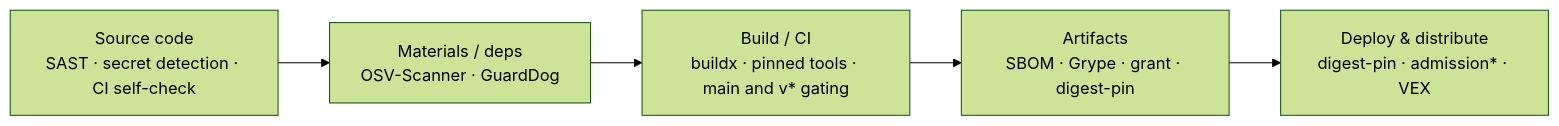
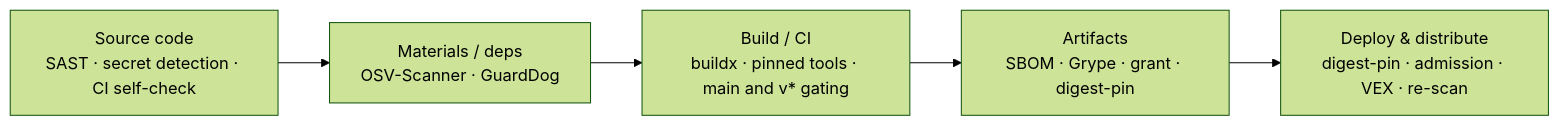
Before and after one commit to berserkhmdvhb/fullstack_template: the first of 2 diagrams in wiki/supply-chain-security.md, drawn with Mermaid (forest theme). The commit also changed other lines of this file and 26 other files, not shown here.

````diff
--- a/wiki/supply-chain-security.md
+++ b/wiki/supply-chain-security.md
@@ -44,10 +44,10 @@
 ```mermaid
 flowchart LR
     Src["Source code<br/>SAST · secret detection · CI self-check"]
     Mat["Materials / deps<br/>OSV-Scanner · GuardDog"]
     Bld["Build / CI<br/>buildx · pinned tools · main and v* gating"]
     Art["Artifacts<br/>SBOM · Grype · grant · digest-pin"]
-    Dep["Deploy & distribute<br/>digest-pin · admission* · VEX"]
+    Dep["Deploy & distribute<br/>digest-pin · admission · VEX · re-scan"]
 
     Src --> Mat --> Bld --> Art --> Dep
 ```
````
